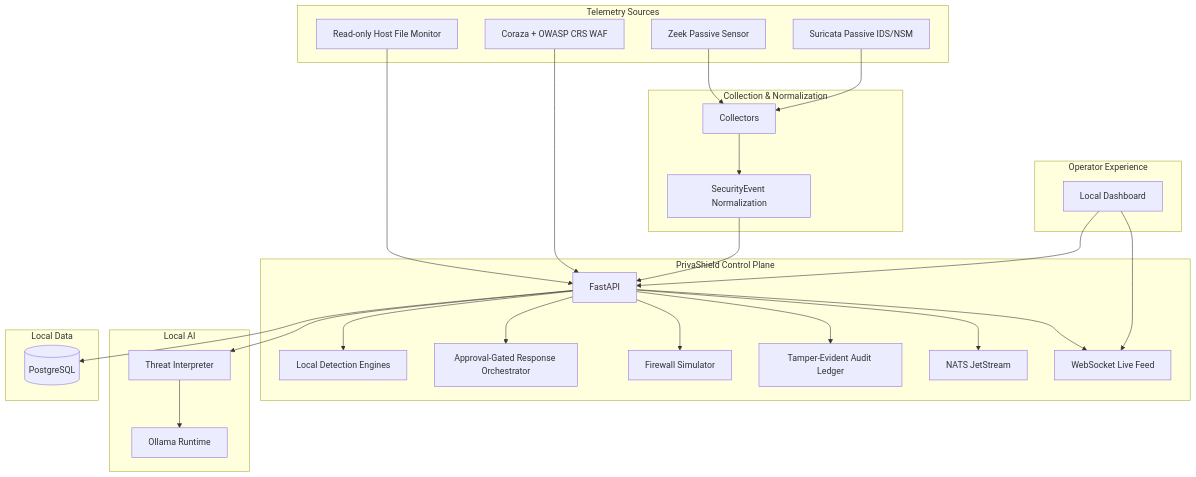
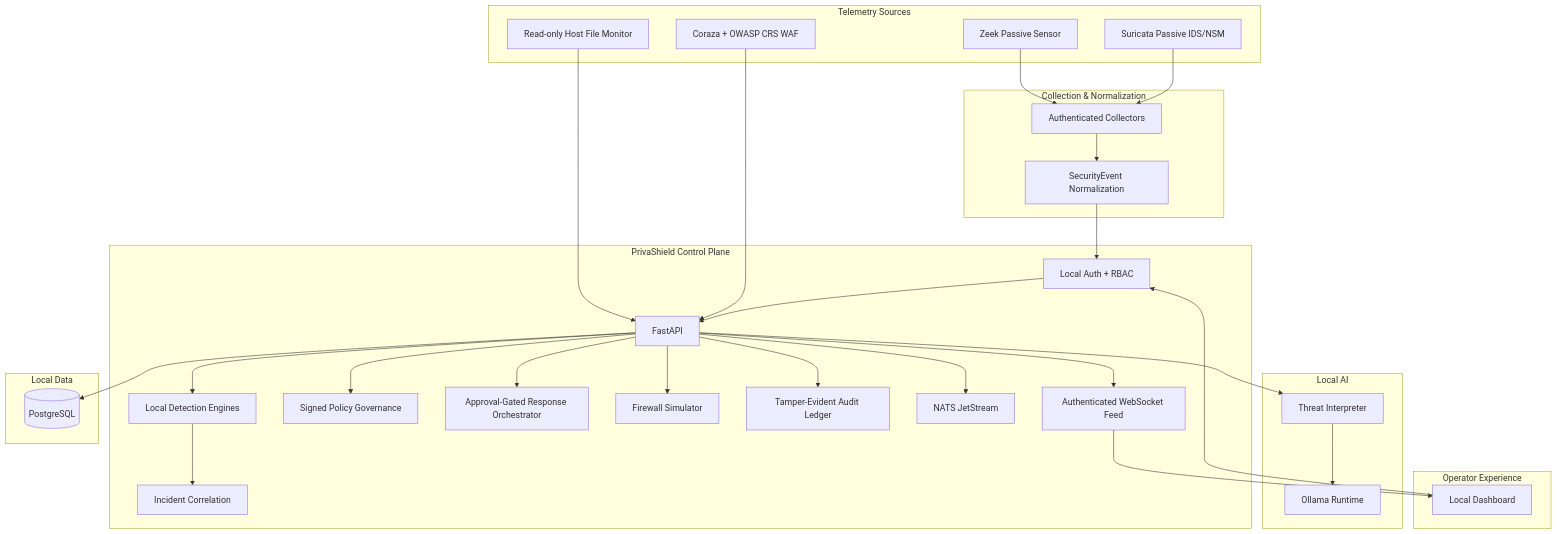
One commit to drewc611/Privashield changed the first of 3 diagrams in README.md. Above: the diagram before and after it, drawn with Mermaid. The commit also changed other lines of this file, not shown here.

````diff
--- a/README.md
+++ b/README.md
@@ -111,55 +136,61 @@
 ```mermaid
 flowchart TB
     subgraph Sensors[Telemetry Sources]
         ZE[Zeek Passive Sensor]
         SU[Suricata Passive IDS/NSM]
         HOST[Read-only Host File Monitor]
         WAF[Coraza + OWASP CRS WAF]
     end
 
     subgraph Collection[Collection & Normalization]
-        COL[Collectors]
+        COL[Authenticated Collectors]
         NORM[SecurityEvent Normalization]
     end
 
     subgraph Control[PrivaShield Control Plane]
+        AUTH[Local Auth + RBAC]
         API[FastAPI]
         DETECT[Local Detection Engines]
+        CORR[Incident Correlation]
+        POLICY[Signed Policy Governance]
         RESP[Approval-Gated Response Orchestrator]
         FW[Firewall Simulator]
         AUDIT[Tamper-Evident Audit Ledger]
         BUS[NATS JetStream]
-        LIVE[WebSocket Live Feed]
+        LIVE[Authenticated WebSocket Feed]
     end
 
     subgraph Intelligence[Local AI]
         AI[Threat Interpreter]
         OLLAMA[Ollama Runtime]
     end
 
     subgraph Data[Local Data]
         PG[(PostgreSQL)]
     end
 
     subgraph UX[Operator Experience]
         DASH[Local Dashboard]
     end
 
     ZE --> COL
     SU --> COL
     HOST --> API
     WAF --> API
     COL --> NORM
-    NORM --> API
+    NORM --> AUTH
+    DASH --> AUTH
+    AUTH --> API
     API --> DETECT
+    DETECT --> CORR
+    API --> POLICY
     API --> RESP
     API --> FW
     API --> AUDIT
     API --> BUS
     API --> LIVE
     API --> PG
     API --> AI
     AI --> OLLAMA
-    DASH --> API
-    DASH --> LIVE
+    LIVE --> DASH
 ```
````
